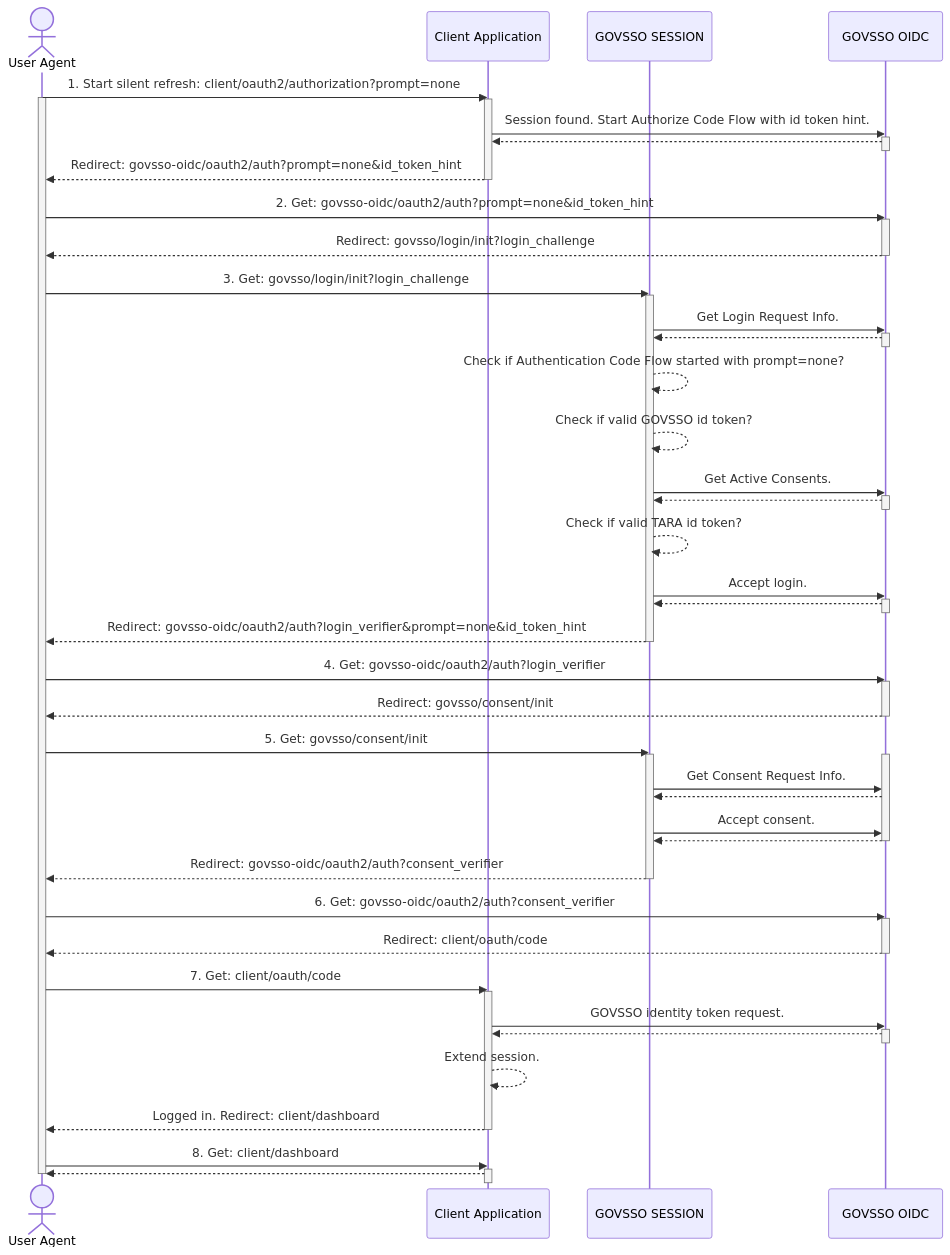
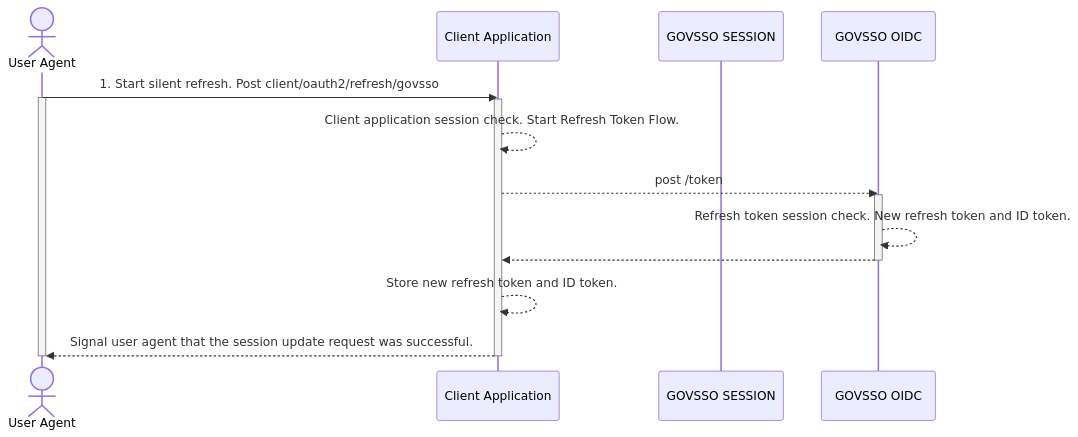
One commit to e-gov/GovSSO-PerfTest changed the fourth of 10 diagrams in README.md. Above: the diagram before and after it, drawn with Mermaid. The commit also changed 1 other file, not shown here.

Commit message:
AUT-1660 Update silentRefreshFlow to use refresh token flow

````diff
--- a/README.md
+++ b/README.md
@@ -241,80 +241,22 @@
 ```mermaid
 sequenceDiagram
     actor User Agent
     participant Client Application
     participant GOVSSO SESSION
     participant GOVSSO OIDC    
     
-    User Agent->>Client Application:1. Start silent refresh: client/oauth2/authorization?prompt=none
+    User Agent->>Client Application:1. Start silent refresh. Post client/oauth2/refresh/govsso
     activate User Agent
     activate Client Application
-    Client Application->>GOVSSO OIDC: Session found. Start Authorize Code Flow with id token hint.
+    Client Application-->>Client Application: Client application session check. Start Refresh Token Flow.
+    Client Application-->>GOVSSO OIDC: post /token
     activate GOVSSO OIDC
-    GOVSSO OIDC-->>Client Application: 
-    deactivate GOVSSO OIDC    
-    Client Application-->>User Agent: Redirect: govsso-oidc/oauth2/auth?prompt=none&id_token_hint
-    deactivate Client Application
-    
-    User Agent->>GOVSSO OIDC: 2. Get: govsso-oidc/oauth2/auth?prompt=none&id_token_hint
-    activate GOVSSO OIDC
-    GOVSSO OIDC-->>User Agent: Redirect: govsso/login/init?login_challenge
-    deactivate GOVSSO OIDC
-    
-    User Agent->>GOVSSO SESSION: 3. Get: govsso/login/init?login_challenge
-    activate GOVSSO SESSION
-    GOVSSO SESSION->>GOVSSO OIDC: Get Login Request Info.
-    activate GOVSSO OIDC
-    GOVSSO OIDC-->>GOVSSO SESSION: 
-    deactivate GOVSSO OIDC    
-    GOVSSO SESSION-->>GOVSSO SESSION: Check if Authentication Code Flow started with prompt=none?
-    GOVSSO SESSION-->>GOVSSO SESSION: Check if valid GOVSSO id token?
-    GOVSSO SESSION->>GOVSSO OIDC: Get Active Consents.
-    activate GOVSSO OIDC
-    GOVSSO OIDC-->>GOVSSO SESSION: 
-    deactivate GOVSSO OIDC 
-    GOVSSO SESSION-->>GOVSSO SESSION: Check if valid TARA id token?
-    GOVSSO SESSION->>GOVSSO OIDC: Accept login.
-    activate GOVSSO OIDC
-    GOVSSO OIDC-->>GOVSSO SESSION: 
-    deactivate GOVSSO OIDC
-    GOVSSO SESSION-->>User Agent: Redirect: govsso-oidc/oauth2/auth?login_verifier&prompt=none&id_token_hint
-    deactivate GOVSSO SESSION   
-    
-    User Agent->>GOVSSO OIDC: 4. Get: govsso-oidc/oauth2/auth?login_verifier
-    activate GOVSSO OIDC
-    GOVSSO OIDC-->>User Agent: Redirect: govsso/consent/init
-    deactivate GOVSSO OIDC
-    
-    User Agent->>GOVSSO SESSION: 5. Get: govsso/consent/init
-    activate GOVSSO SESSION
-    activate GOVSSO OIDC
-    GOVSSO SESSION->>GOVSSO OIDC: Get Consent Request Info.
-    GOVSSO OIDC-->>GOVSSO SESSION: 
-    GOVSSO SESSION->>GOVSSO OIDC: Accept consent.
-    GOVSSO OIDC-->>GOVSSO SESSION: 
-    deactivate GOVSSO OIDC
-    GOVSSO SESSION-->>User Agent: Redirect: govsso-oidc/oauth2/auth?consent_verifier
-    deactivate GOVSSO SESSION
-    
-    User Agent->>GOVSSO OIDC: 6. Get: govsso-oidc/oauth2/auth?consent_verifier
-    activate GOVSSO OIDC
-    GOVSSO OIDC-->>User Agent: Redirect: client/oauth/code
-    deactivate GOVSSO OIDC
-    
-    User Agent->>Client Application: 7. Get: client/oauth/code
-    activate Client Application
-    Client Application->>GOVSSO OIDC: GOVSSO identity token request.
-    activate GOVSSO OIDC
+    GOVSSO OIDC-->>GOVSSO OIDC: Refresh token session check. New refresh token and ID token.
     GOVSSO OIDC-->>Client Application: 
     deactivate GOVSSO OIDC
-    Client Application-->>Client Application: Extend session.
-    Client Application-->>User Agent: Logged in. Redirect: client/dashboard
-    deactivate Client Application
-    
-    User Agent->>Client Application: 8. Get: client/dashboard
-    activate Client Application
-    Client Application-->>User Agent: 
+    Client Application-->>Client Application: Store new refresh token and ID token.    
+    Client Application-->>User Agent: Signal user agent that the session update request was successful.
     deactivate Client Application
     
     deactivate User Agent
 ```
````
